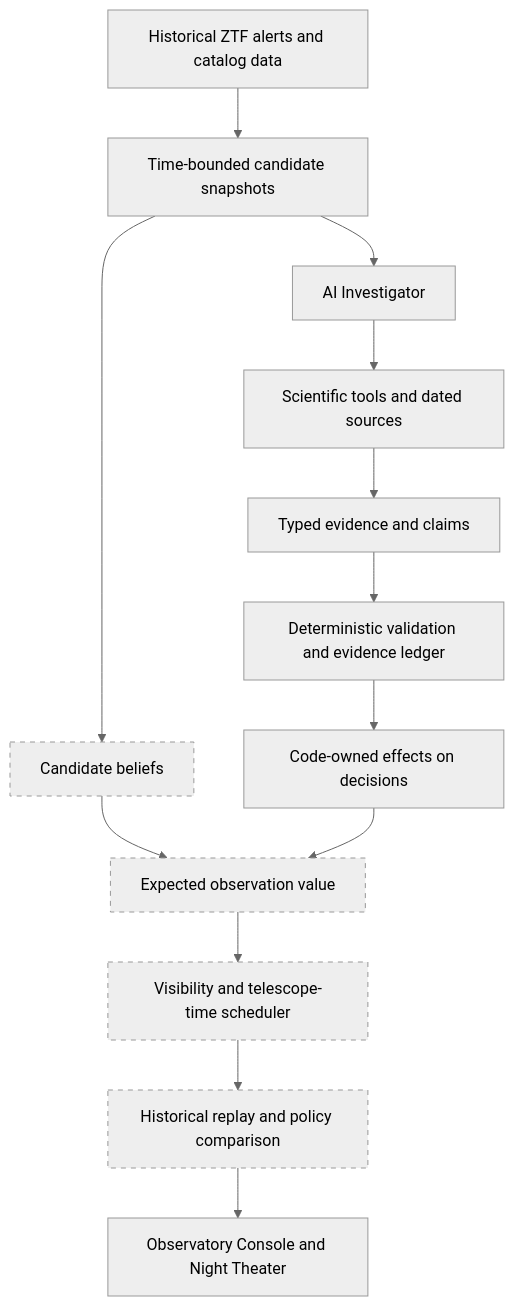
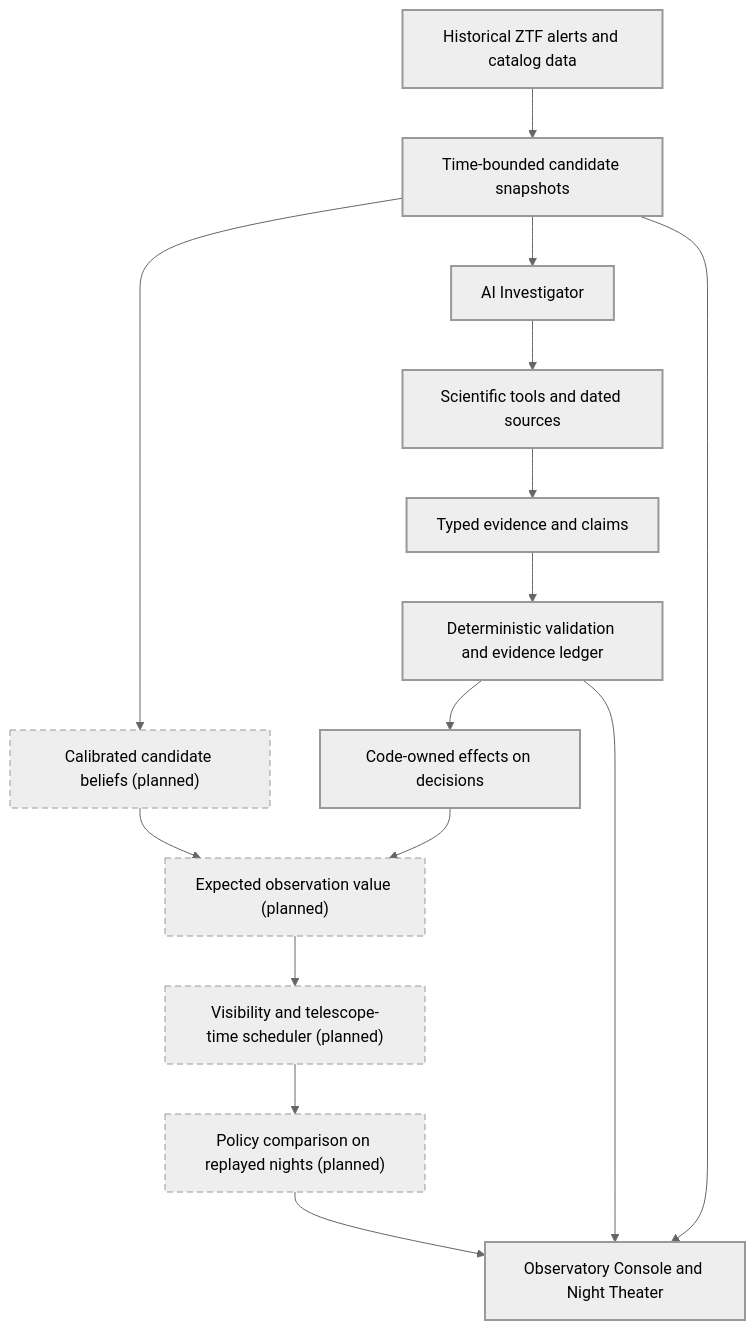
Before and after one commit to dishita-labs/cosmic-triage: the diagram in README.md, drawn with Mermaid (neutral theme). The commit also changed other lines of this file and 5 other files, not shown here.

````diff
--- a/README.md
+++ b/README.md
@@ -29,18 +33,22 @@
 ```mermaid
 flowchart TD
     A[Historical ZTF alerts and catalog data] --> B[Time-bounded candidate snapshots]
-    B --> C[Candidate beliefs]
+    B --> C["Calibrated candidate beliefs (planned)"]
     B --> D[AI Investigator]
     D --> E[Scientific tools and dated sources]
     E --> F[Typed evidence and claims]
     F --> G[Deterministic validation and evidence ledger]
     G --> H[Code-owned effects on decisions]
-    C --> I[Expected observation value]
+    C --> I["Expected observation value (planned)"]
     H --> I
-    I --> J[Visibility and telescope-time scheduler]
-    J --> K[Historical replay and policy comparison]
+    I --> J["Visibility and telescope-time scheduler (planned)"]
+    J --> K["Policy comparison on replayed nights (planned)"]
     K --> L[Observatory Console and Night Theater]
+    B --> L
+    G --> L
 
-    classDef planned stroke-dasharray: 5 5
+    classDef planned stroke-dasharray: 6 4,stroke-width:1px
+    classDef built stroke-width:2px
+    class A,B,D,E,F,G,H,L built
     class C,I,J,K planned
 ```
````
